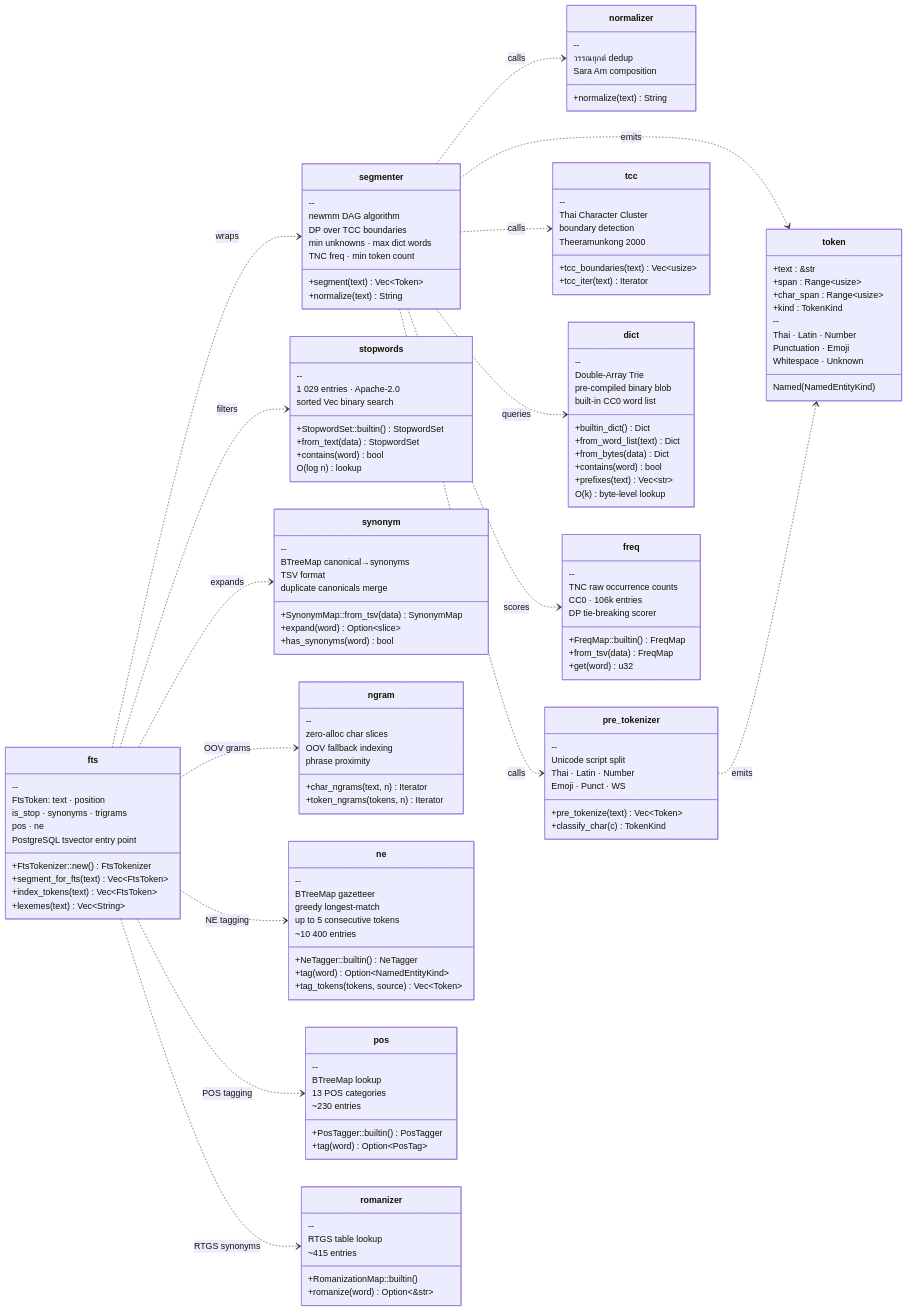
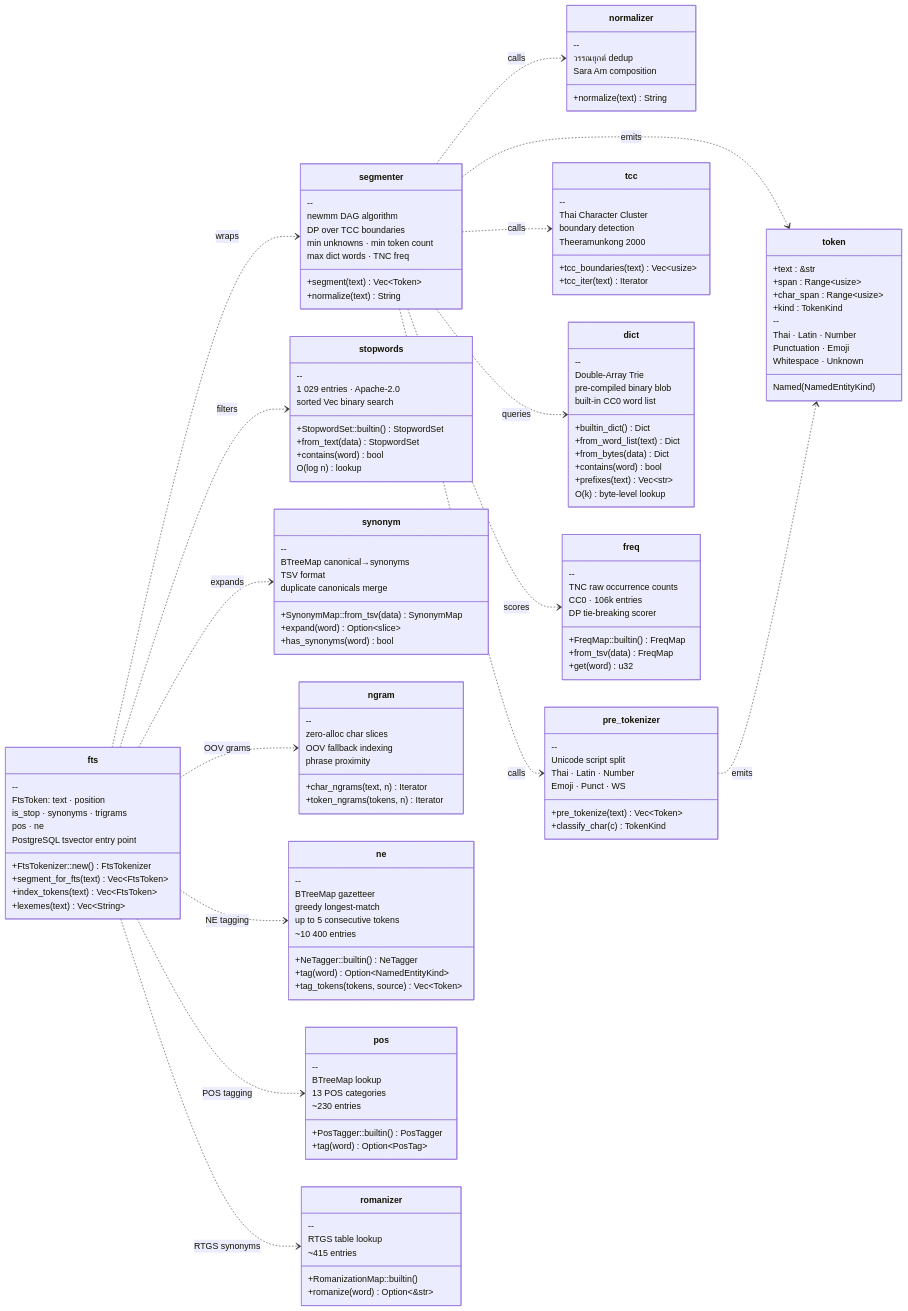
One commit to preedep/kham changed the second of 6 diagrams in doc/architecture.md. Above: the diagram before and after it, drawn with Mermaid. The commit also changed other lines of this file and 2 other files, not shown here.

First line of the commit message:
docs: update README, architecture, ADR-005 for compound-first DP scoring

```diff
--- a/doc/architecture.md
+++ b/doc/architecture.md
@@ -81,8 +81,8 @@
         --
         newmm DAG algorithm
         DP over TCC boundaries
-        min unknowns · max dict words
-        TNC freq · min token count
+        min unknowns · min token count
+        max dict words · TNC freq
     }
 
     class token {
```
